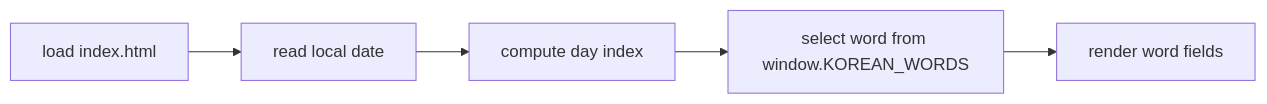
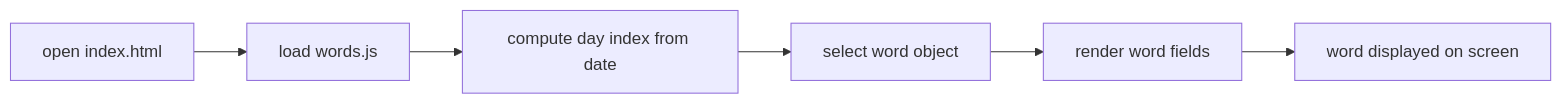
The first of 3 diagrams in docs/3_WORKFLOWS.md (cptntrps/korean-word-of-the-day), drawn with Mermaid before and after one commit. The commit also changed other lines of this file and 5 other files, not shown here.

````diff
--- a/docs/3_WORKFLOWS.md
+++ b/docs/3_WORKFLOWS.md
@@ -33,7 +33,8 @@
-  ```mermaid
-  graph LR
-    A[load index.html] --> B[read local date]
-    B --> C[compute day index]
-    C --> D[select word from window.KOREAN_WORDS]
-    D --> E[render word fields]
-  ```
+```mermaid
+graph LR
+  A[open index.html] --> B[load words.js]
+  B --> C[compute day index from date]
+  C --> D[select word object]
+  D --> E[render word fields]
+  E --> F[word displayed on screen]
+```
````
